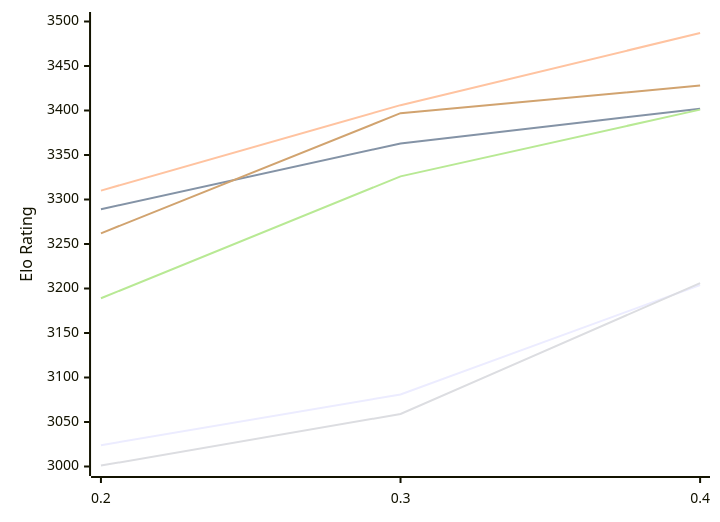
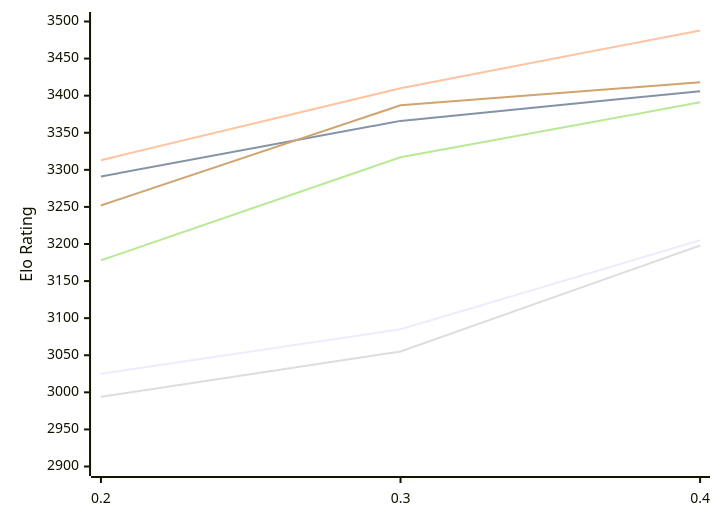
One commit to computer-chess-index/cci changed the diagram in engines/StockDory.md. Above: the diagram before and after it, drawn with Mermaid. The commit also changed other lines of this file, not shown here.

Commit message:
Update CCI Ratings (ELO VLTC) - 2026-11-15

````diff
--- a/engines/StockDory.md
+++ b/engines/StockDory.md
@@ -51,12 +51,12 @@
 ```mermaid
 %%{init: {"theme":"base","themeVariables":{"seriesColors:['#a3a3a3','#222221','#faa371']}}}%%
 xychart-beta
   x-axis ["0.2", "0.3", "0.4"]
-  y-axis "Elo Rating" 3000 --> 3500
-  line "E1: STC (8.0+0.08s)" [3024, 3081, 3204]
-  line "E1: LTC (60.0+0.60s)" [3289, 3363, 3402]
-  line "E1: VLTC (2m24s+1.12s)" [3310, 3406, 3487]
-  line "P1: STC (8.0+0.08s)" [3001, 3059, 3206]
-  line "P1: LTC (60.0+0.60s)" [3189, 3326, 3401]
-  line "P1: VLTC (2m24s+1.12s)" [3262, 3397, 3428]
+  y-axis "Elo Rating" 2900 --> 3500
+  line "E1: STC (8.0+0.08s)" [3025, 3085, 3205]
+  line "E1: LTC (60.0+0.60s)" [3291, 3366, 3406]
+  line "E1: VLTC (2m24s+1.12s)" [3313, 3410, 3488]
+  line "P1: STC (8.0+0.08s)" [2994, 3055, 3198]
+  line "P1: LTC (60.0+0.60s)" [3178, 3317, 3391]
+  line "P1: VLTC (2m24s+1.12s)" [3252, 3387, 3418]
 ```
````
